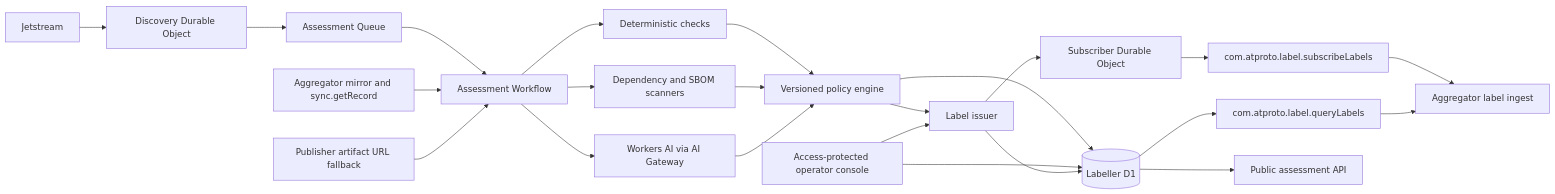
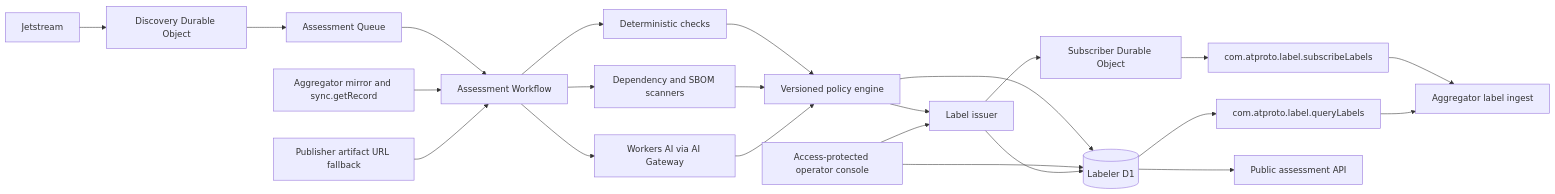
Before and after one commit to emdash-cms/emdash: the diagram in .opencode/plans/plugin-registry-labelling-service/spec.md, drawn with Mermaid. The commit also changed other lines of this file and 4 other files, not shown here.

````diff
--- a/.opencode/plans/plugin-registry-labelling-service/spec.md
+++ b/.opencode/plans/plugin-registry-labelling-service/spec.md
@@ -86,25 +86,25 @@
 ```mermaid
 flowchart LR
   JS[Jetstream] --> JD[Discovery Durable Object]
   JD --> Q[Assessment Queue]
   Q --> WF[Assessment Workflow]
   AGG[Aggregator mirror and sync.getRecord] --> WF
   SRC[Publisher artifact URL fallback] --> WF
   WF --> DET[Deterministic checks]
   WF --> DEP[Dependency and SBOM scanners]
   WF --> AI[Workers AI via AI Gateway]
   DET --> PE[Versioned policy engine]
   DEP --> PE
   AI --> PE
-  PE --> D1[(Labeller D1)]
+  PE --> D1[(Labeler D1)]
   PE --> ISSUER[Label issuer]
   UI[Access-protected operator console] --> D1
   UI --> ISSUER
   ISSUER --> D1
   ISSUER --> SD[Subscriber Durable Object]
   SD --> SUB[com.atproto.label.subscribeLabels]
   D1 --> QUERY[com.atproto.label.queryLabels]
   D1 --> PUBLIC[Public assessment API]
   SUB --> AGGI[Aggregator label ingest]
   QUERY --> AGGI
 ```
````
